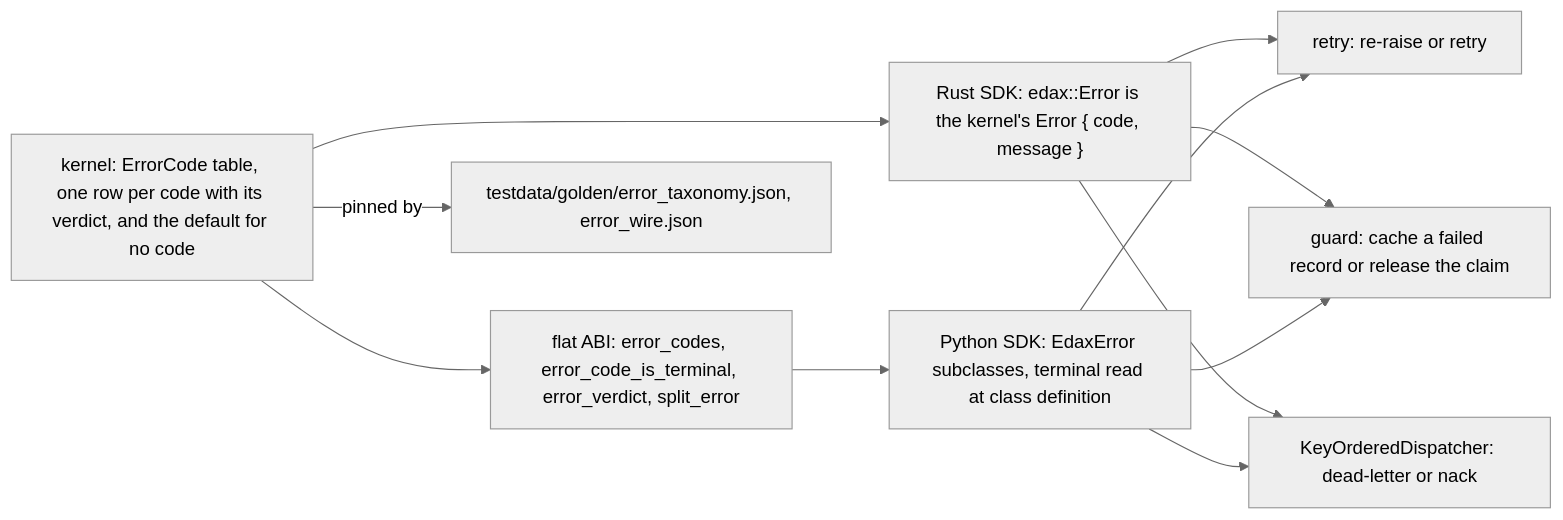
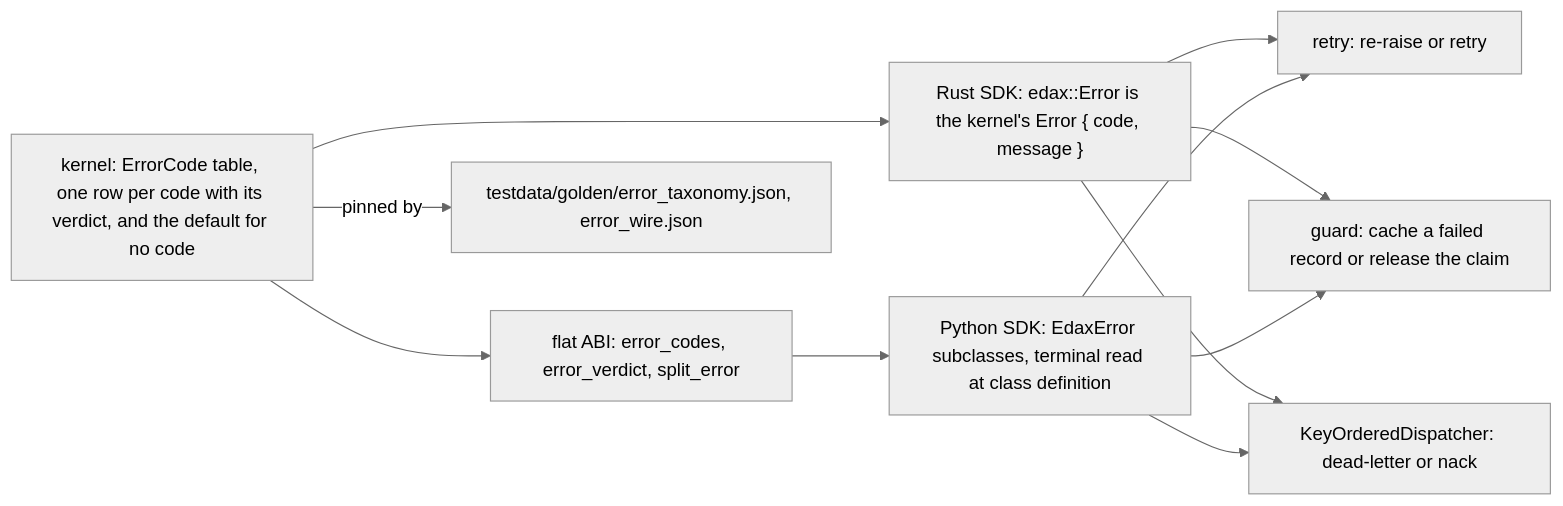
One commit to haskian/edax changed the first of 2 diagrams in docs/sdk/errors.md. Above: the diagram before and after it, drawn with Mermaid (neutral theme). The commit also changed other lines of this file and 288 other files, not shown here.

````diff
--- a/docs/sdk/errors.md
+++ b/docs/sdk/errors.md
@@ -12,14 +12,14 @@
 ```mermaid
 flowchart LR
     Table["kernel: ErrorCode table, one row per code with its verdict, and the default for no code"]
     Table --> Rust["Rust SDK: edax::Error is the kernel's Error { code, message }"]
-    Table --> Abi["flat ABI: error_codes, error_code_is_terminal, error_verdict, split_error"]
+    Table --> Abi["flat ABI: error_codes, error_verdict, split_error"]
     Abi --> Py["Python SDK: EdaxError subclasses, terminal read at class definition"]
     Rust --> Retry["retry: re-raise or retry"]
     Rust --> Guard["guard: cache a failed record or release the claim"]
     Rust --> Disp["KeyOrderedDispatcher: dead-letter or nack"]
     Py --> Retry
     Py --> Guard
     Py --> Disp
     Table -- "pinned by" --> Golden["testdata/golden/error_taxonomy.json, error_wire.json"]
 ```
````
